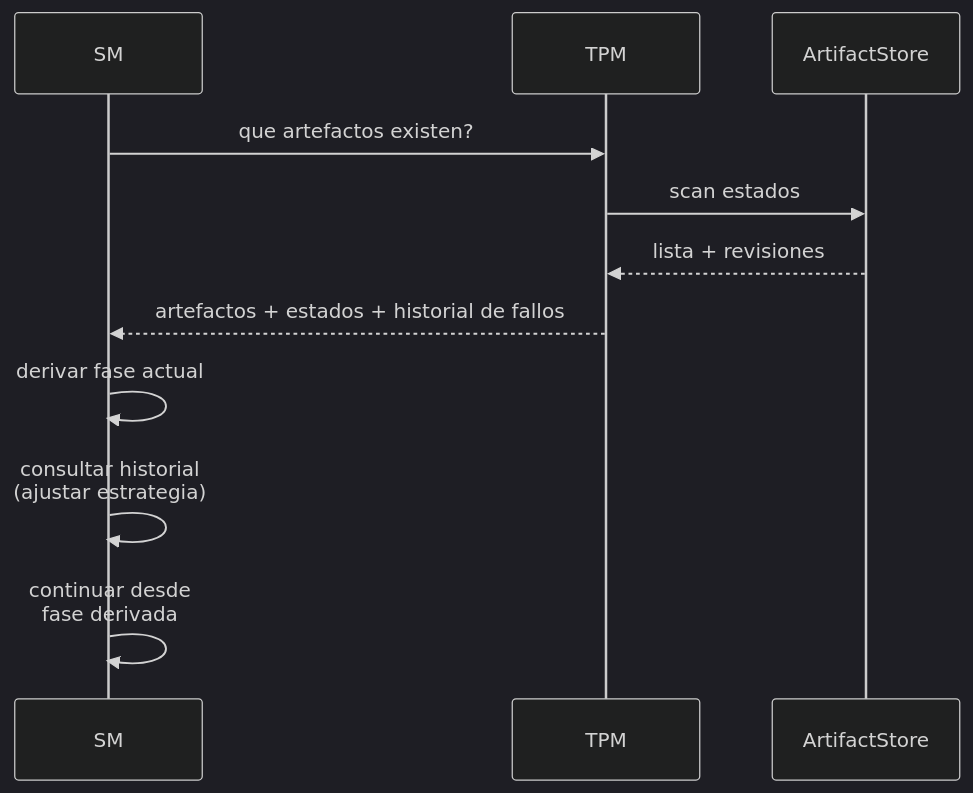
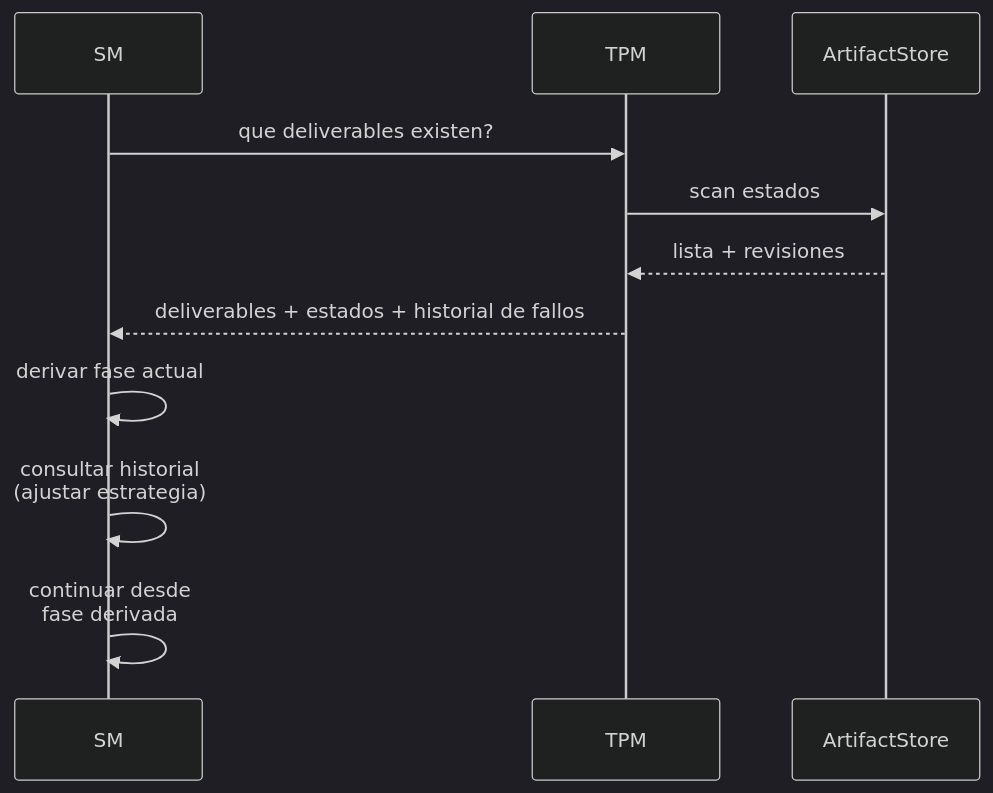
Diagram 29 of 30 in principia/overview.md (virgenherrera/virgil), drawn with Mermaid (dark theme) before and after one commit. The commit also changed other lines of this file, not shown here.

````diff
--- a/principia/overview.md
+++ b/principia/overview.md
@@ -935,15 +956,15 @@
 ```mermaid
 sequenceDiagram
     participant SM as SM
     participant TPM as TPM
     participant STORE as ArtifactStore
 
-    SM->>TPM: que artefactos existen?
+    SM->>TPM: que deliverables existen?
     TPM->>STORE: scan estados
     STORE-->>TPM: lista + revisiones
-    TPM-->>SM: artefactos + estados + historial de fallos
+    TPM-->>SM: deliverables + estados + historial de fallos
 
     SM->>SM: derivar fase actual
     SM->>SM: consultar historial<br/>(ajustar estrategia)
     SM->>SM: continuar desde<br/>fase derivada
 ```
````
